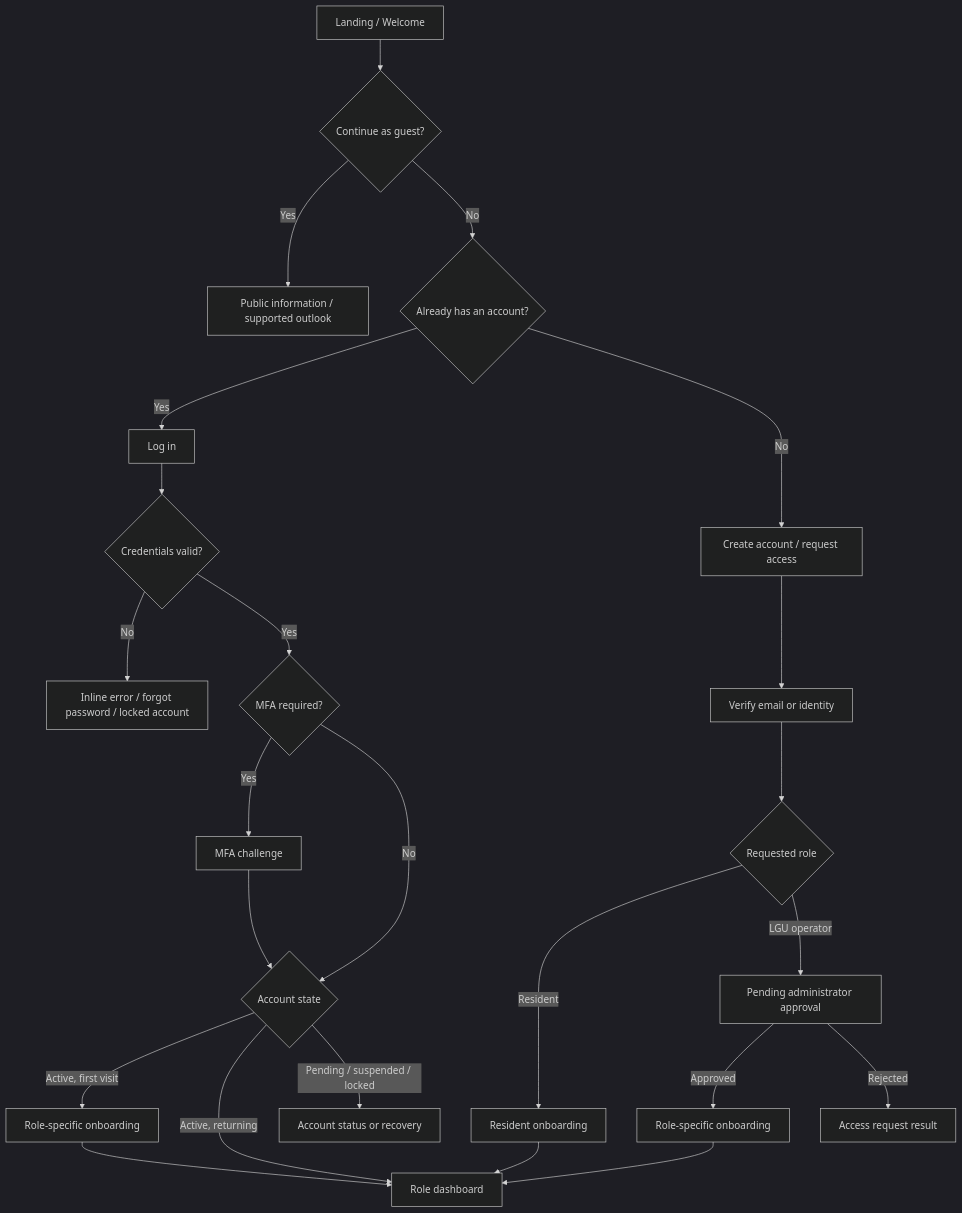
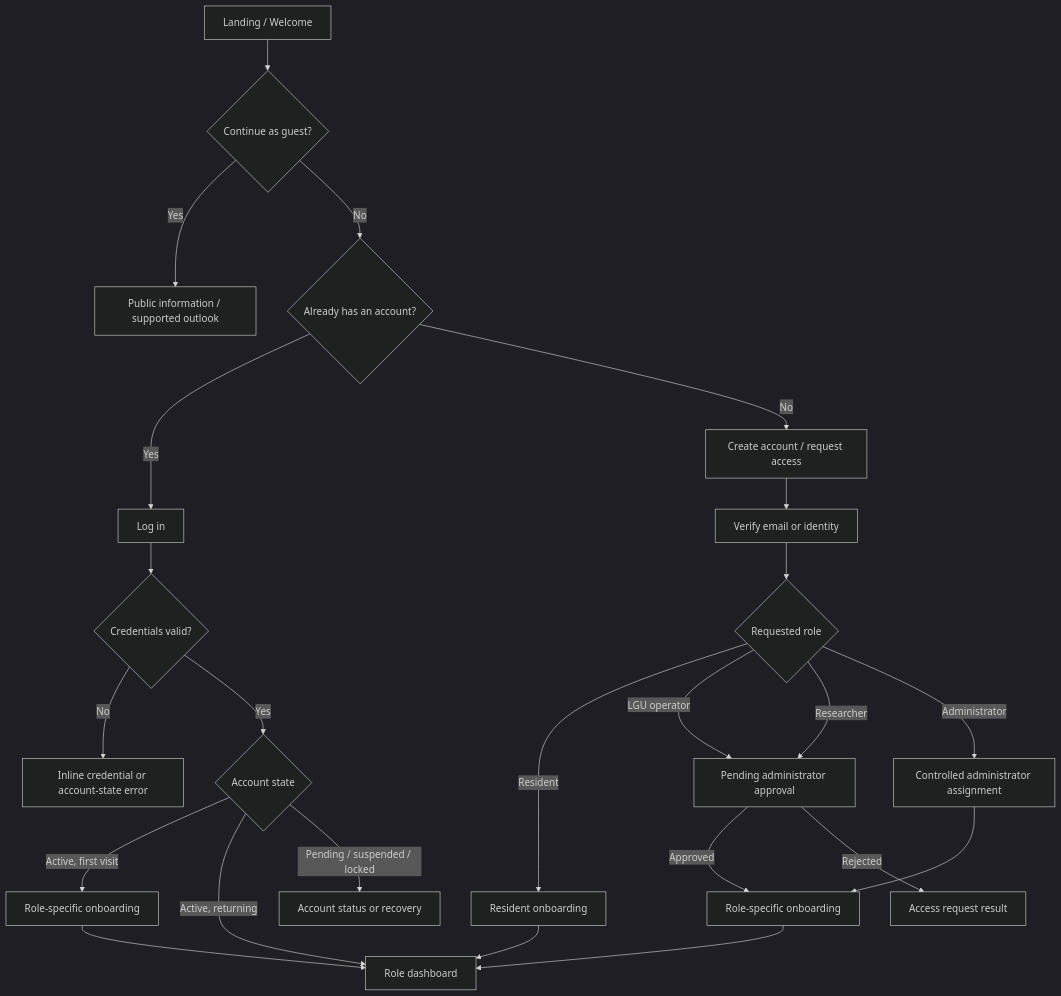
The diagram in docs/designs/ui-ux-design-cheat-sheet.md (ZealStyx/RiverGuard-dev), drawn with Mermaid (dark theme) before and after one commit. The commit also changed other lines of this file and 367 other files, not shown here.

````diff
--- a/docs/designs/ui-ux-design-cheat-sheet.md
+++ b/docs/designs/ui-ux-design-cheat-sheet.md
@@ -93,26 +225,26 @@
 ```mermaid
 flowchart TD
     A[Landing / Welcome] --> B{Continue as guest?}
     B -->|Yes| C[Public information / supported outlook]
     B -->|No| D{Already has an account?}
     D -->|Yes| E[Log in]
     D -->|No| F[Create account / request access]
     E --> G{Credentials valid?}
-    G -->|No| H[Inline error / forgot password / locked account]
-    G -->|Yes| I{MFA required?}
-    I -->|Yes| J[MFA challenge]
-    I -->|No| K{Account state}
-    J --> K
+    G -->|No| H[Inline credential or account-state error]
+    G -->|Yes| K{Account state}
     F --> L[Verify email or identity]
     L --> M{Requested role}
     M -->|Resident| N[Resident onboarding]
     M -->|LGU operator| O[Pending administrator approval]
+    M -->|Researcher| O
+    M -->|Administrator| U[Controlled administrator assignment]
     O -->|Approved| P[Role-specific onboarding]
     O -->|Rejected| Q[Access request result]
+    U --> P
     K -->|Active, first visit| R[Role-specific onboarding]
     K -->|Active, returning| S[Role dashboard]
     K -->|Pending / suspended / locked| T[Account status or recovery]
     N --> S
     P --> S
     R --> S
 ```
````
